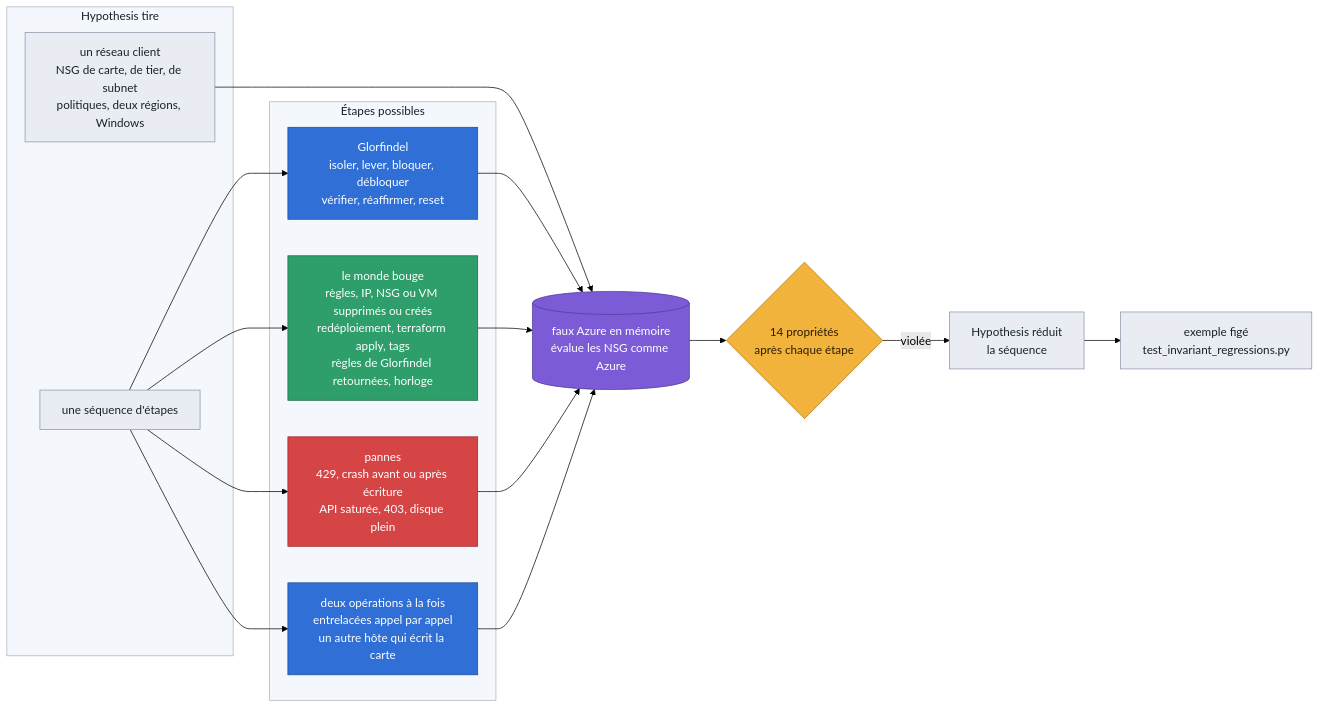
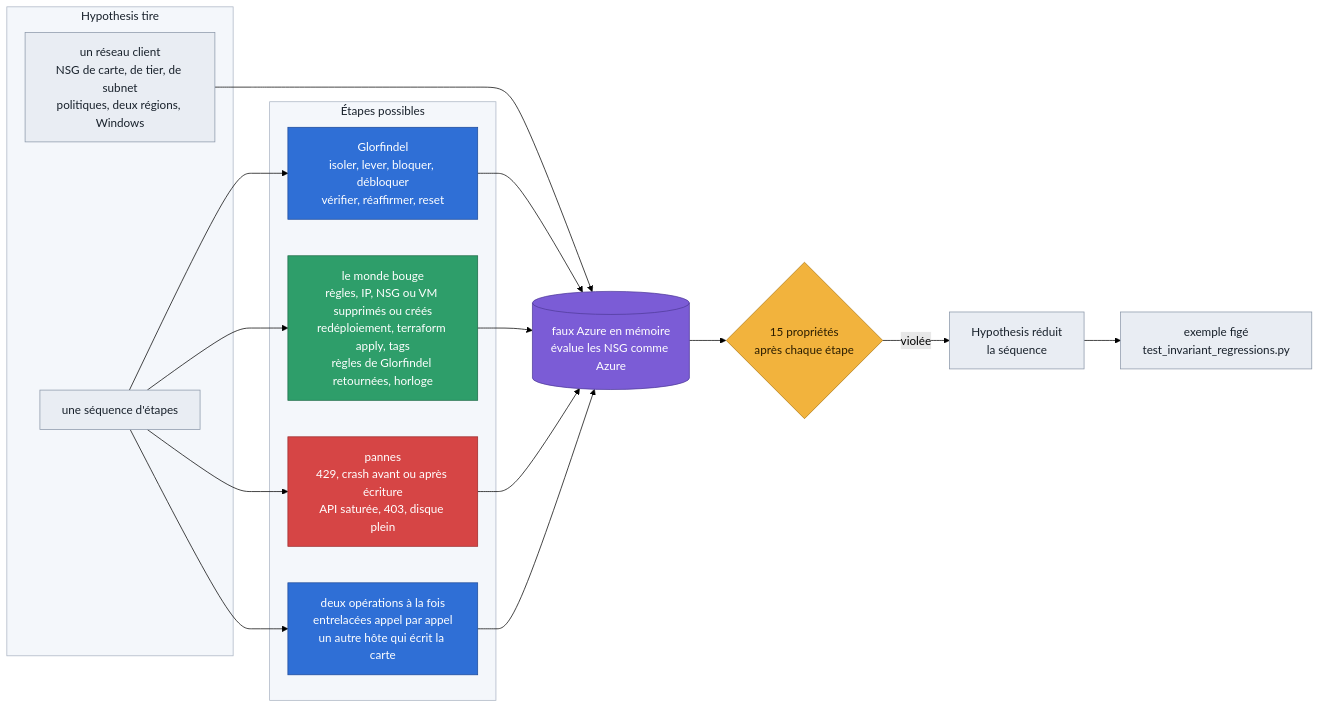
One commit to Vanyar53/eregion changed the second of 5 diagrams in docs/design/preuves.md. Above: the diagram before and after it, drawn with Mermaid (forest theme). The commit also changed other lines of this file and 3 other files, not shown here.

````diff
--- a/docs/design/preuves.md
+++ b/docs/design/preuves.md
@@ -53,35 +53,35 @@
 ```mermaid
 flowchart LR
     subgraph Draw["Hypothesis tire"]
         N["un réseau client<br/>NSG de carte, de tier, de subnet<br/>politiques, deux régions, Windows"]
         Q["une séquence d'étapes"]
     end
     subgraph Steps["Étapes possibles"]
         O["Glorfindel<br/>isoler, lever, bloquer, débloquer<br/>vérifier, réaffirmer, reset"]
         Wd["le monde bouge<br/>règles, IP, NSG ou VM supprimés ou créés<br/>redéploiement, terraform apply, tags<br/>règles de Glorfindel retournées, horloge"]
         F["pannes<br/>429, crash avant ou après écriture<br/>API saturée, 403, disque plein"]
         Cc["deux opérations à la fois<br/>entrelacées appel par appel<br/>un autre hôte qui écrit la carte"]
     end
     FA[("faux Azure en mémoire<br/>évalue les NSG comme Azure")]
-    P{"14 propriétés<br/>après chaque étape"}
+    P{"15 propriétés<br/>après chaque étape"}
     N --> FA
     Q --> O & Wd & F & Cc
     O & Wd & F & Cc --> FA
     FA --> P
     P -->|"violée"| SH["Hypothesis réduit<br/>la séquence"]
     SH --> REG["exemple figé<br/>test_invariant_regressions.py"]
     classDef data fill:#e9edf3,stroke:#8a96a8,color:#18212b
     classDef blue fill:#2f6fd6,stroke:#1d4a9a,color:#ffffff
     classDef human fill:#2e9e6a,stroke:#1d6b47,color:#ffffff
     classDef red fill:#d64545,stroke:#9e2a2a,color:#ffffff
     classDef azure fill:#7b5cd6,stroke:#4f3a99,color:#ffffff
     classDef guard fill:#f2b33d,stroke:#b07a12,color:#2b1d00
     class N,Q,SH,REG data
     class O,Cc blue
     class Wd human
     class F red
     class FA azure
     class P guard
     style Draw fill:#f4f7fb,stroke:#aab4c3,color:#18212b
     style Steps fill:#f4f7fb,stroke:#aab4c3,color:#18212b
 ```
````
